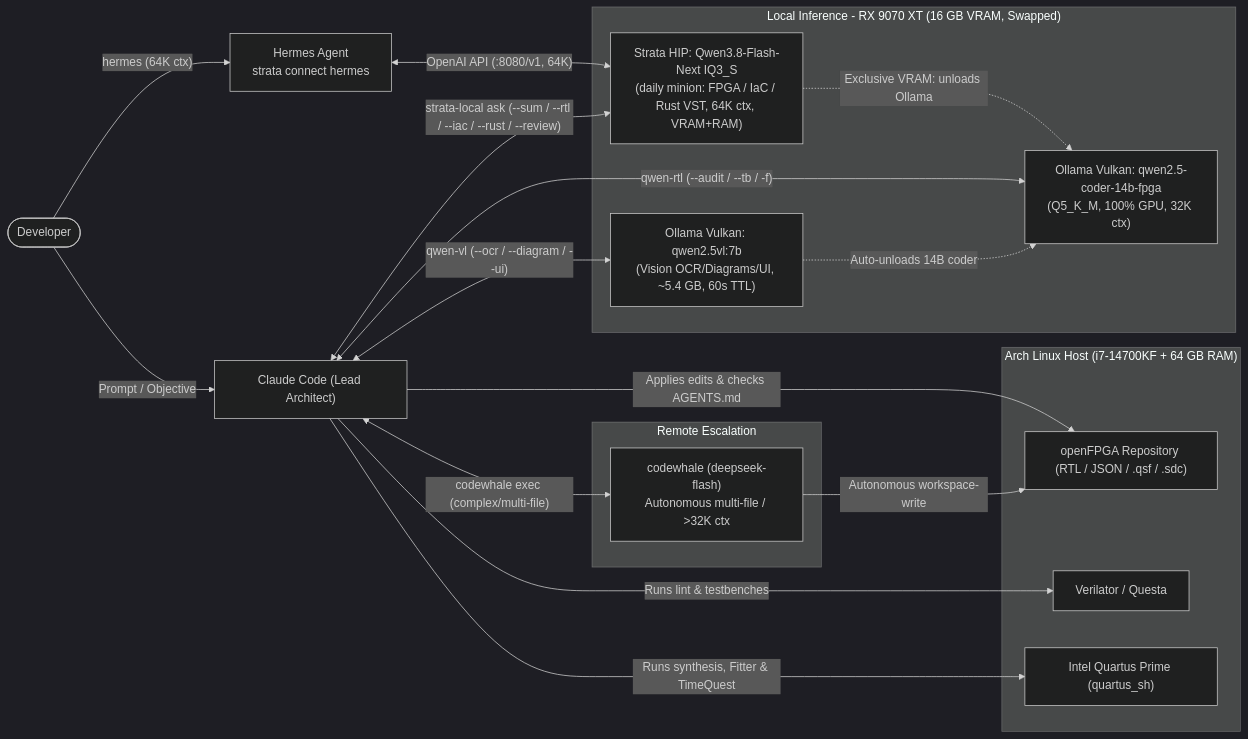
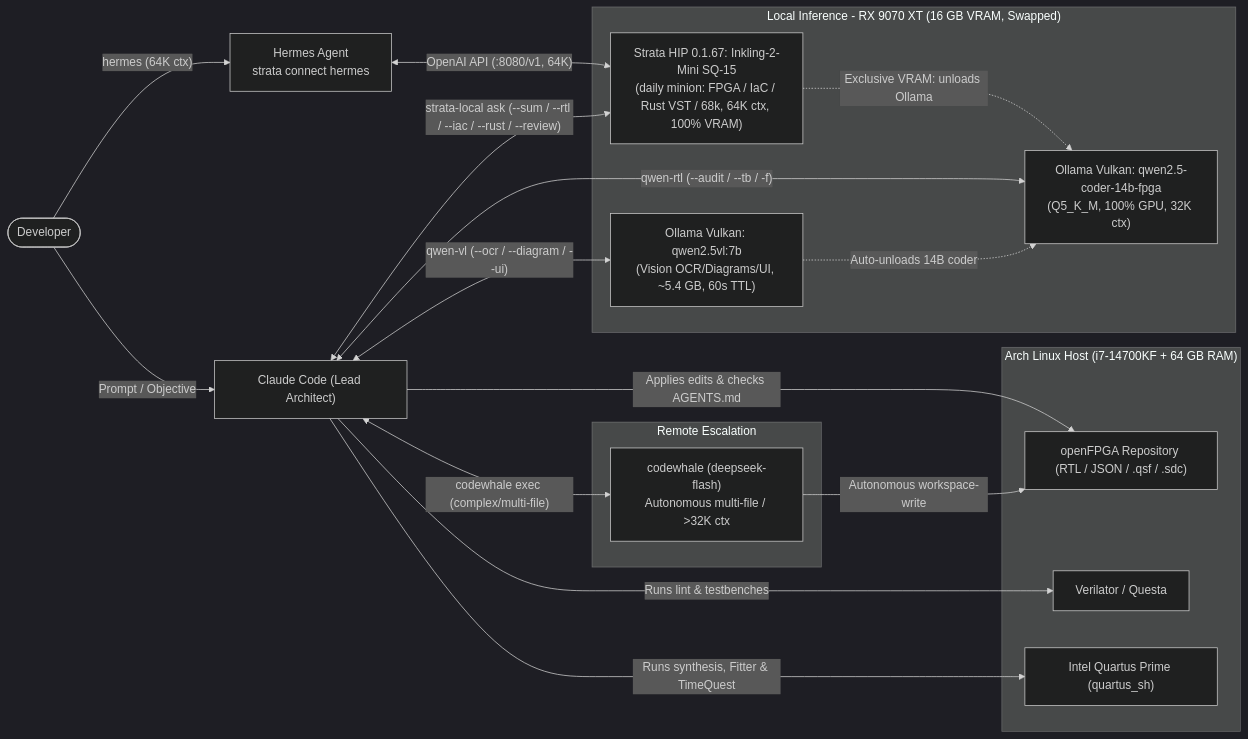
The first of 3 diagrams in docs/ai-fpga-workflow.md (DanimanX/9070FpgaIAWorkflow), drawn with Mermaid (dark theme) before and after one commit. The commit also changed other lines of this file and 5 other files, not shown here.

Commit message:
docs(strata): switch default model to Inkling-2-Mini SQ-15 and update workflow diagrams

````diff
--- a/docs/ai-fpga-workflow.md
+++ b/docs/ai-fpga-workflow.md
@@ -14,33 +14,33 @@
 ```mermaid
 flowchart LR
     Dev(["Developer"]) -->|"Prompt / Objective"| Claude["Claude Code (Lead Architect)"]
     Dev -->|"hermes (64K ctx)"| Hermes["Hermes Agent<br/>strata connect hermes"]
 
     subgraph LocalGPU["Local Inference - RX 9070 XT (16 GB VRAM, Swapped)"]
-        Strata["Strata HIP: Qwen3.8-Flash-Next IQ3_S<br/>(daily minion: FPGA / IaC / Rust VST, 64K ctx, VRAM+RAM)"]
+        Strata["Strata HIP 0.1.67: Inkling-2-Mini SQ-15<br/>(daily minion: FPGA / IaC / Rust VST / 68k, 64K ctx, 100% VRAM)"]
         Qwen["Ollama Vulkan: qwen2.5-coder-14b-fpga<br/>(Q5_K_M, 100% GPU, 32K ctx)"]
         QwenVL["Ollama Vulkan: qwen2.5vl:7b<br/>(Vision OCR/Diagrams/UI, ~5.4 GB, 60s TTL)"]
     end
 
     subgraph CloudAPI["Remote Escalation"]
         CW["codewhale (deepseek-flash)<br/>Autonomous multi-file / >32K ctx"]
     end
 
     subgraph Toolchain["Arch Linux Host (i7-14700KF + 64 GB RAM)"]
         FS["openFPGA Repository (RTL / JSON / .qsf / .sdc)"]
         Sim["Verilator / Questa"]
         Quartus["Intel Quartus Prime (quartus_sh)"]
     end
 
     Hermes <-->|"OpenAI API (:8080/v1, 64K)"| Strata
     Claude <-->|"strata-local ask (--sum / --rtl / --iac / --rust / --review)"| Strata
     Strata -.->|"Exclusive VRAM: unloads Ollama"| Qwen
     Claude <-->|"qwen-rtl (--audit / --tb / -f)"| Qwen
     Claude <-->|"qwen-vl (--ocr / --diagram / --ui)"| QwenVL
     QwenVL -.->|"Auto-unloads 14B coder"| Qwen
     Claude <-->|"codewhale exec (complex/multi-file)"| CW
     Claude -->|"Applies edits & checks AGENTS.md"| FS
     CW -->|"Autonomous workspace-write"| FS
     Claude -->|"Runs lint & testbenches"| Sim
     Claude -->|"Runs synthesis, Fitter & TimeQuest"| Quartus
 ```
````
